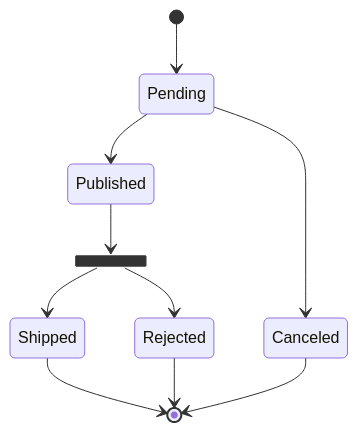
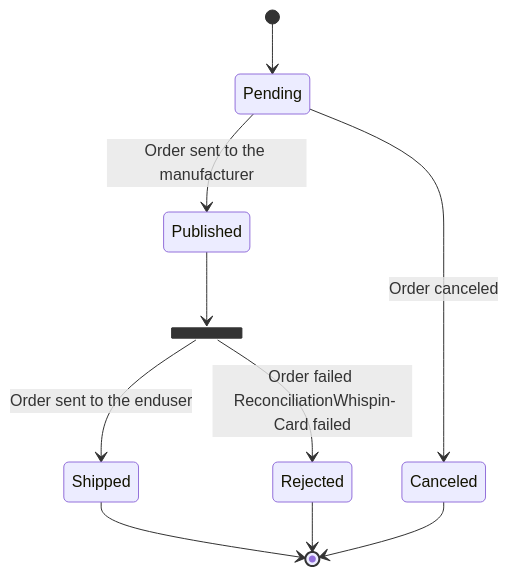
The first of 6 diagrams in docs/usecases/cards/issuing/PhysicalCardIssuing.md (pomme-clic/s-money-documentation), drawn with Mermaid before and after one commit. The commit also changed other lines of this file, not shown here.

````diff
--- a/docs/usecases/cards/issuing/PhysicalCardIssuing.md
+++ b/docs/usecases/cards/issuing/PhysicalCardIssuing.md
@@ -19,16 +19,16 @@
 ```mermaid
 stateDiagram
 state fork_state <<fork>>
 
 [*] --> Pending
-Pending --> Published
-Pending --> Canceled
+Pending --> Published : Order sent to the manufacturer
+Pending --> Canceled : Order canceled
 Published --> fork_state
-fork_state --> Shipped
-fork_state --> Rejected
+fork_state --> Shipped : Order sent to the enduser
+fork_state --> Rejected: Order failed <br/> ReconciliationWhispin-Card failed 
 
 Shipped --> [*]
 Rejected --> [*]
 Canceled --> [*]
 
 ```
````
